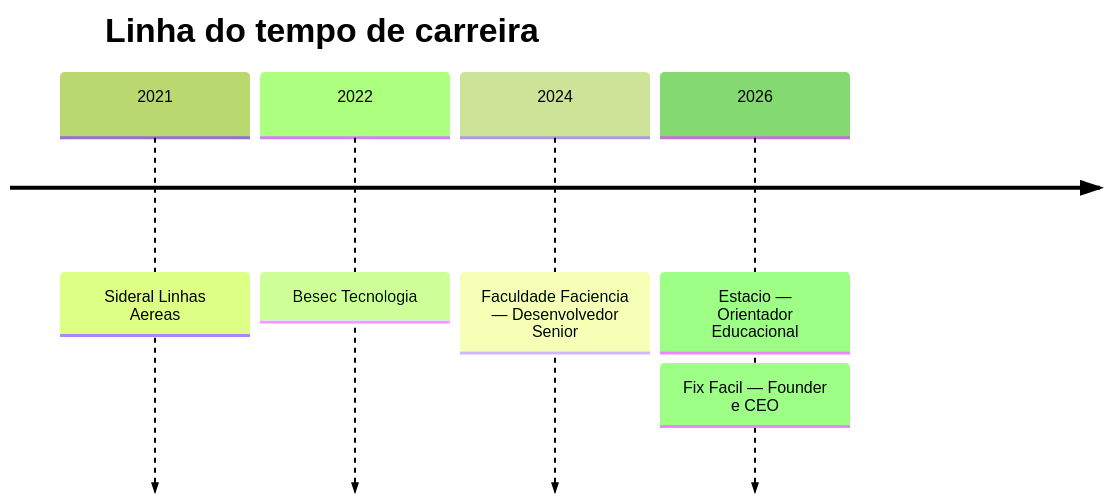
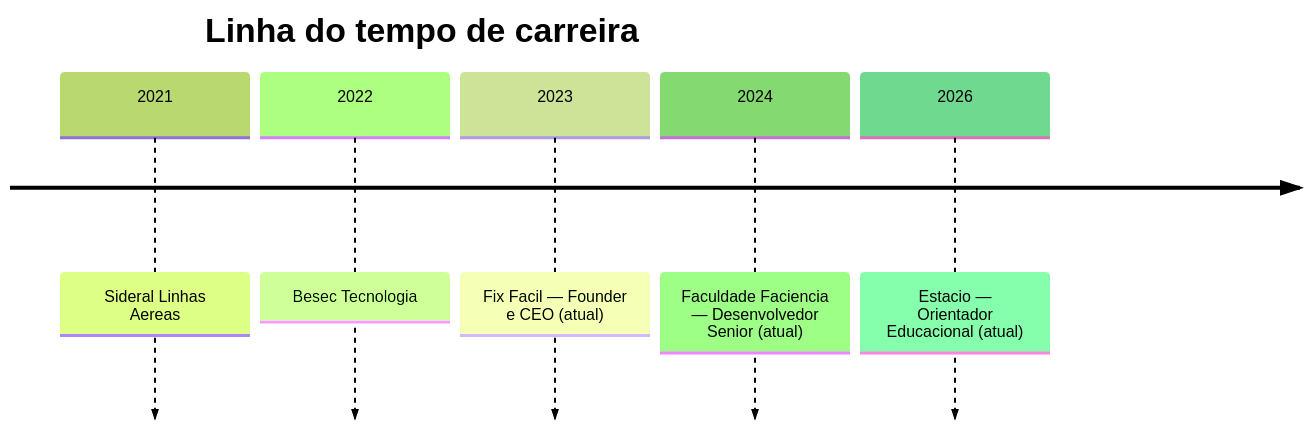
One commit to luisfelipe261099/luisfelipe261099 changed the diagram in README.md. Above: the diagram before and after it, drawn with Mermaid (forest theme). The commit also changed other lines of this file, not shown here.

````diff
--- a/README.md
+++ b/README.md
@@ -62,8 +62,9 @@
 ```mermaid
 timeline
     title Linha do tempo de carreira
     2021 : Sideral Linhas Aereas
     2022 : Besec Tecnologia
-    2024 : Faculdade Faciencia — Desenvolvedor Senior
-    2026 : Estacio — Orientador Educacional : Fix Facil — Founder e CEO
+    2023 : Fix Facil — Founder e CEO (atual)
+    2024 : Faculdade Faciencia — Desenvolvedor Senior (atual)
+    2026 : Estacio — Orientador Educacional (atual)
 ```
````
